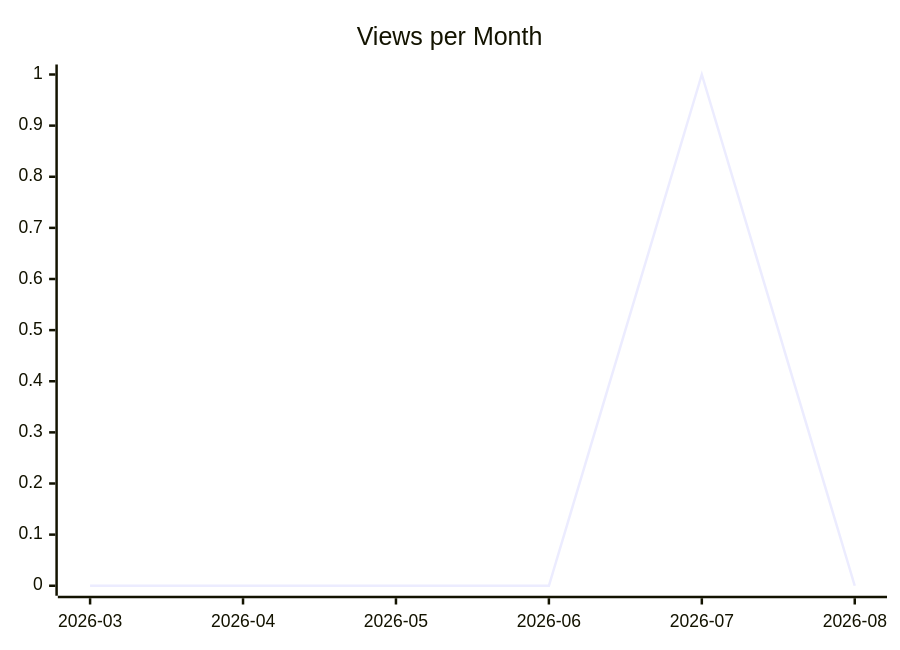
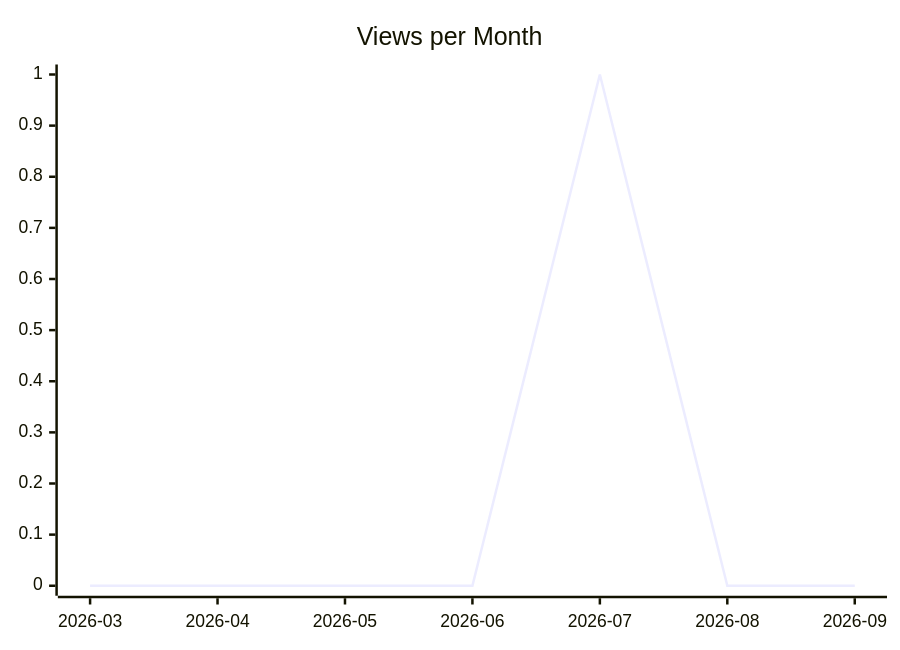
One commit to justdavis-family/github-analytics-data changed the second of 3 diagrams in karlmdavis/hello-rust-actix/README.md. Above: the diagram before and after it, drawn with Mermaid. The commit also changed other lines of this file and 191 other files, not shown here.

````diff
--- a/karlmdavis/hello-rust-actix/README.md
+++ b/karlmdavis/hello-rust-actix/README.md
@@ -12,6 +12,6 @@
 ```mermaid
 xychart-beta
   title "Views per Month"
-  x-axis ["2026-03", "2026-04", "2026-05", "2026-06", "2026-07", "2026-08"]
-  line [0, 0, 0, 0, 1, 0]
+  x-axis ["2026-03", "2026-04", "2026-05", "2026-06", "2026-07", "2026-08", "2026-09"]
+  line [0, 0, 0, 0, 1, 0, 0]
 ```
````
